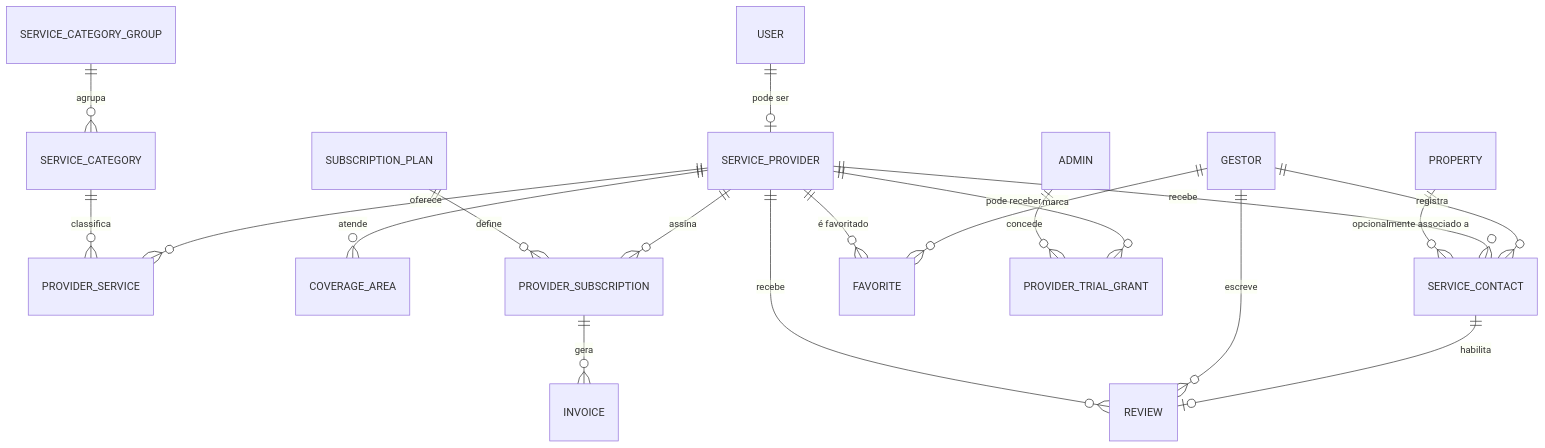
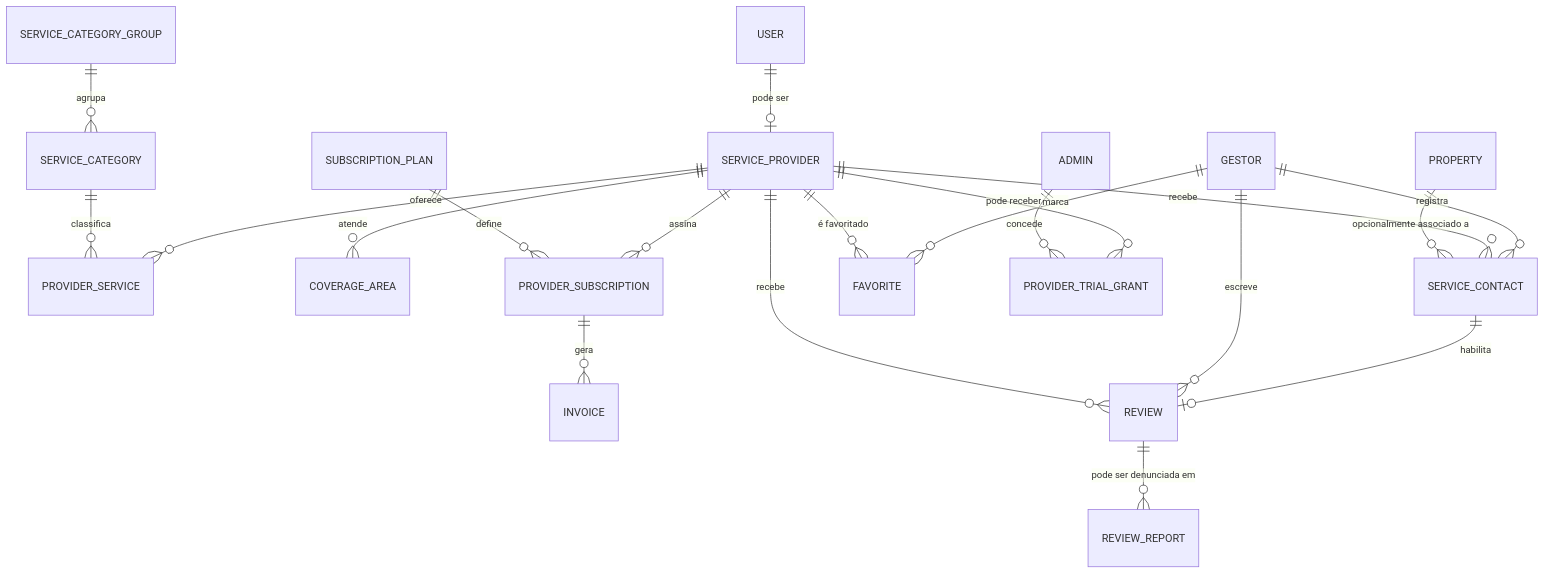
One commit to renanrba/AMSA changed the first of 4 diagrams in docs/analise-marketplace-prestadores-servico.md. Above: the diagram before and after it, drawn with Mermaid. The commit also changed other lines of this file, not shown here.

````diff
--- a/docs/analise-marketplace-prestadores-servico.md
+++ b/docs/analise-marketplace-prestadores-servico.md
@@ -202,21 +208,22 @@
 ```mermaid
 erDiagram
     USER ||--o| SERVICE_PROVIDER : "pode ser"
     SERVICE_PROVIDER ||--o{ PROVIDER_SERVICE : oferece
     SERVICE_CATEGORY_GROUP ||--o{ SERVICE_CATEGORY : agrupa
     SERVICE_CATEGORY ||--o{ PROVIDER_SERVICE : classifica
     SERVICE_PROVIDER ||--o{ COVERAGE_AREA : atende
     SERVICE_PROVIDER ||--o{ PROVIDER_SUBSCRIPTION : assina
     SUBSCRIPTION_PLAN ||--o{ PROVIDER_SUBSCRIPTION : define
     PROVIDER_SUBSCRIPTION ||--o{ INVOICE : gera
     GESTOR ||--o{ SERVICE_CONTACT : registra
     SERVICE_PROVIDER ||--o{ SERVICE_CONTACT : recebe
     SERVICE_CONTACT ||--o| REVIEW : habilita
     GESTOR ||--o{ REVIEW : escreve
     SERVICE_PROVIDER ||--o{ REVIEW : recebe
+    REVIEW ||--o{ REVIEW_REPORT : "pode ser denunciada em"
     GESTOR ||--o{ FAVORITE : marca
     SERVICE_PROVIDER ||--o{ FAVORITE : "é favoritado"
     PROPERTY ||--o{ SERVICE_CONTACT : "opcionalmente associado a"
     SERVICE_PROVIDER ||--o{ PROVIDER_TRIAL_GRANT : "pode receber"
     ADMIN ||--o{ PROVIDER_TRIAL_GRANT : concede
 ```
````
